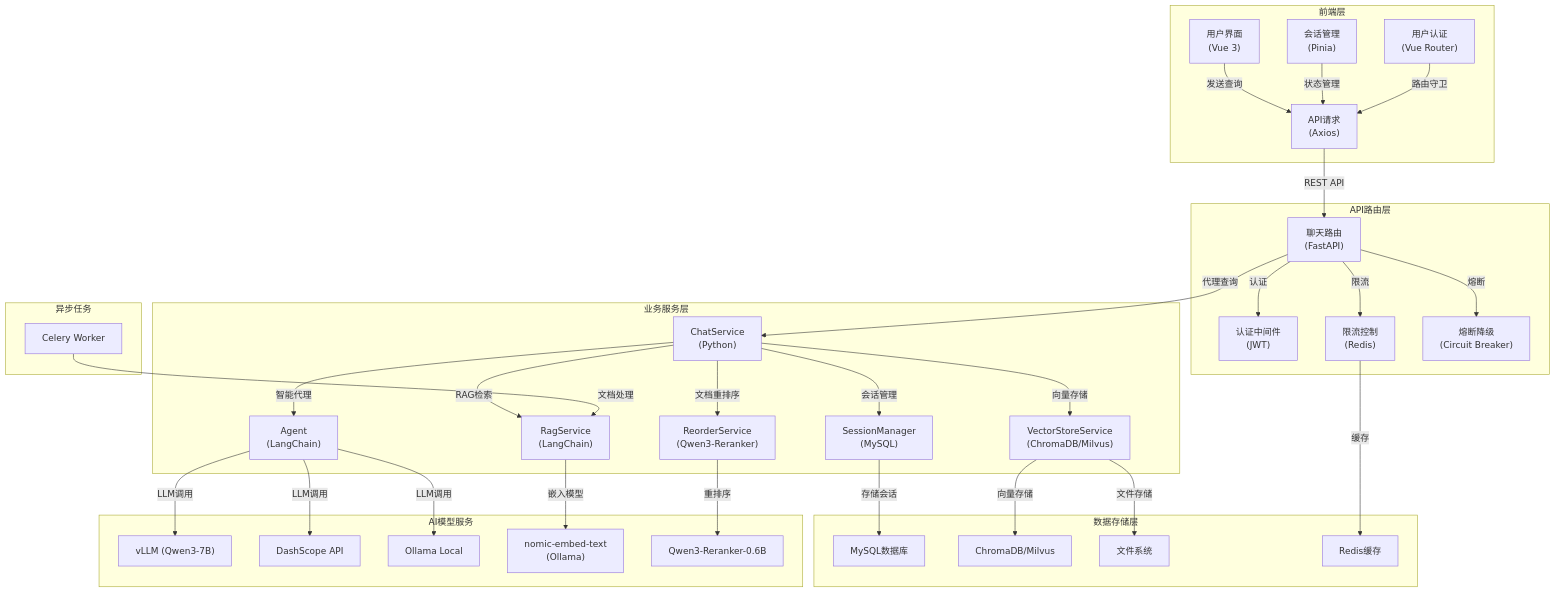
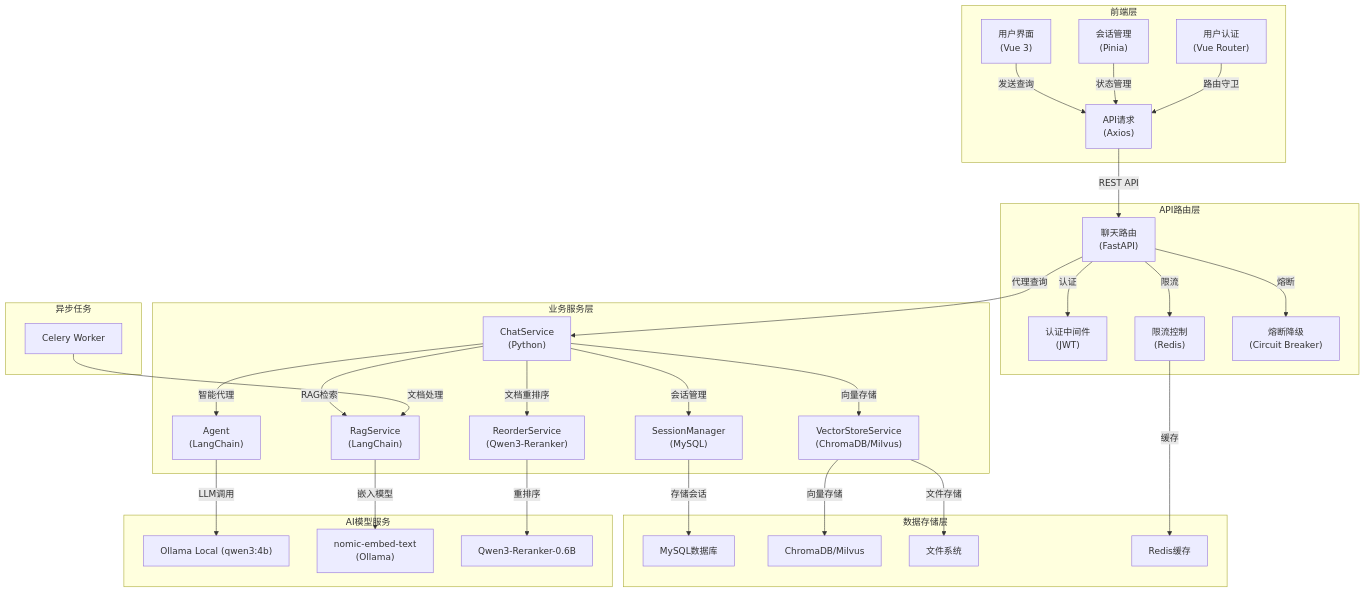
One commit to huasheng6543/LangChain-RAG-FastAPI-Service-master changed the diagram in README.md. Above: the diagram before and after it, drawn with Mermaid. The commit also changed other lines of this file and 5 other files, not shown here.

````diff
--- a/README.md
+++ b/README.md
@@ -44,58 +47,56 @@
 ```mermaid
 flowchart TD
     subgraph "前端层"
         A["用户界面
         (Vue 3)"] -->|发送查询| B["API请求
         (Axios)"]
         C["会话管理
         (Pinia)"] -->|状态管理| B
         D["用户认证
         (Vue Router)"] -->|路由守卫| B
     end
 
     subgraph "API路由层"
         B -->|REST API| E["聊天路由
         (FastAPI)"]
         E -->|认证| F["认证中间件
         (JWT)"]
         E -->|限流| G["限流控制
         (Redis)"]
         E -->|熔断| H["熔断降级
         (Circuit Breaker)"]
     end
 
     subgraph "业务服务层"
         E -->|代理查询| I["ChatService
         (Python)"]
         I -->|会话管理| J["SessionManager
         (MySQL)"]
         I -->|RAG检索| K["RagService
         (LangChain)"]
         I -->|向量存储| L["VectorStoreService
         (ChromaDB/Milvus)"]
         I -->|智能代理| M["Agent
         (LangChain)"]
         I -->|文档重排序| N["ReorderService
         (Qwen3-Reranker)"]
     end
 
     subgraph "数据存储层"
         J -->|存储会话| O["MySQL数据库"]
         L -->|向量存储| P["ChromaDB/Milvus"]
         L -->|文件存储| Q["文件系统"]
         G -->|缓存| R["Redis缓存"]
     end
 
     subgraph "AI模型服务"
-        M -->|LLM调用| S["vLLM (Qwen3-7B)"]
-        M -->|LLM调用| T["DashScope API"]
-        M -->|LLM调用| U["Ollama Local"]
+        M -->|LLM调用| U["Ollama Local (qwen3:4b)"]
         K -->|嵌入模型| V["nomic-embed-text
         (Ollama)"]
         N -->|重排序| W["Qwen3-Reranker-0.6B"]
     end
 
     subgraph "异步任务"
         X["Celery Worker"] -->|文档处理| K
     end
 ```
````
